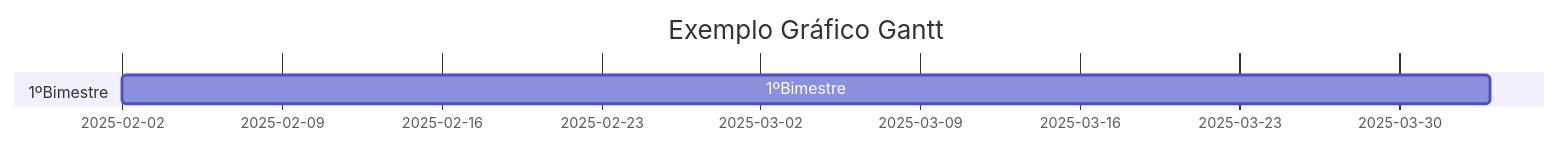
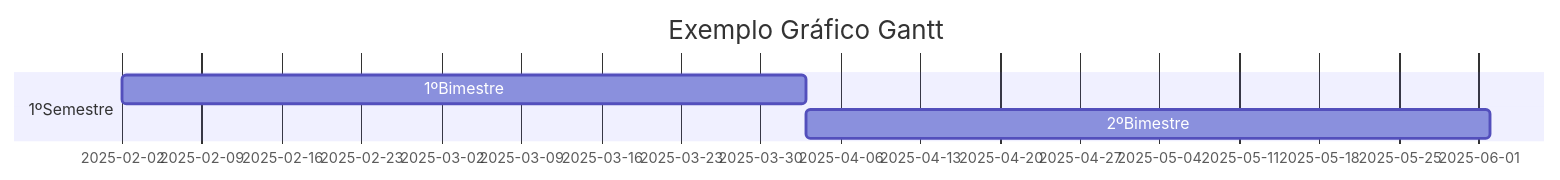
One commit to LucasBParada/dw3-grafico-g changed the third of 3 diagrams in README.md. Above: the diagram before and after it, drawn with Mermaid.

````diff
--- a/README.md
+++ b/README.md
@@ -20,8 +20,9 @@
 ```mermaid
 gantt
 title Exemplo Gráfico Gantt
 dateFormat YYYY-MM-DD
-section 1ºBimestre
+section 1ºSemestre
 1ºBimestre :a1, 2025-02-02, 60d
-section 2ºBimestre
+2ºBimestre :a2,after a1, 60d
+section 2ºSemestre
 ```
````
